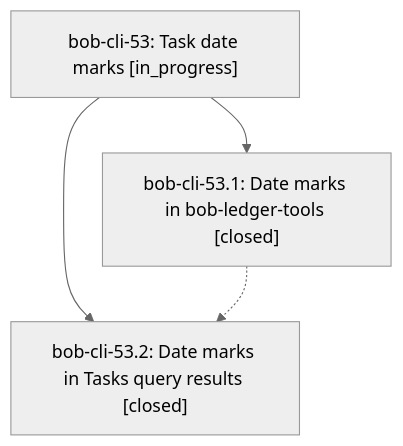
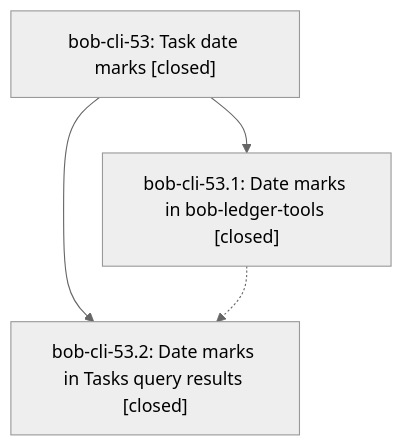
Before and after one commit to bobs-org/bob-cli--beads: the diagram in pages/bob-cli-53/README.md, drawn with Mermaid (neutral theme). The commit also changed other lines of this file, not shown here.

First line of the commit message:
chore(beads): sync bead state and pages for bob-cli-53

````diff
--- a/pages/bob-cli-53/README.md
+++ b/pages/bob-cli-53/README.md
@@ -23,9 +33,9 @@
 ```mermaid
 flowchart TD
-    n0["bob-cli-53: Task date marks [in_progress]"]
+    n0["bob-cli-53: Task date marks [closed]"]
     n1["bob-cli-53.1: Date marks in bob-ledger-tools [closed]"]
     n2["bob-cli-53.2: Date marks in Tasks query results [closed]"]
     n0 --> n1
     n0 --> n2
     n1 -.-> n2
 ```
````
